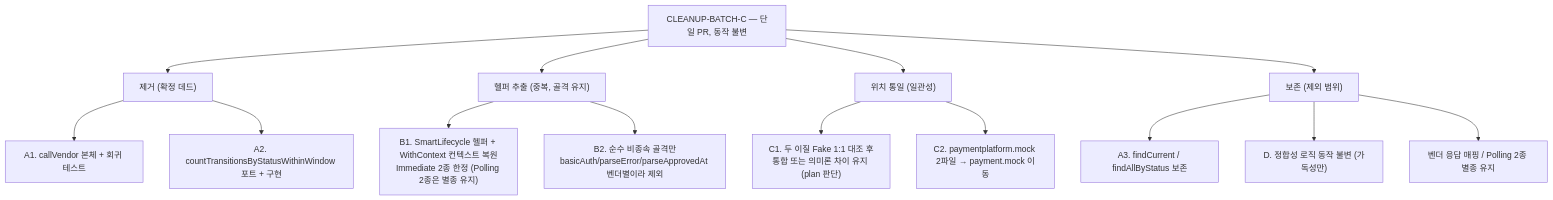
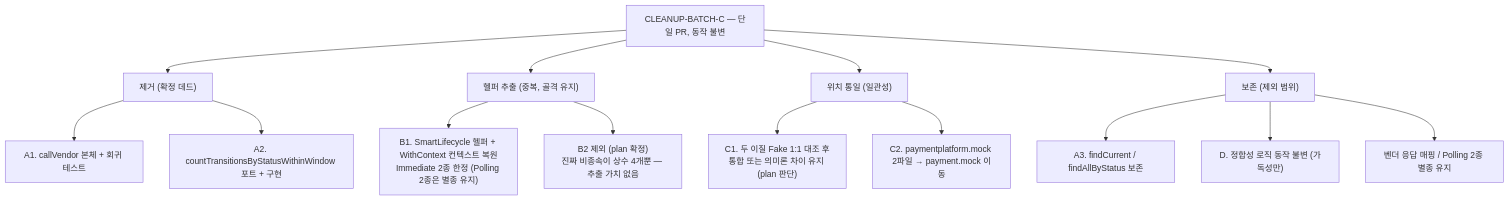
The second of 2 diagrams in docs/topics/CLEANUP-BATCH-C.md (hyoguoo/payment-platform), drawn with Mermaid before and after one commit. The commit also changed other lines of this file and 2 other files, not shown here.

First line of the commit message:
docs: CLEANUP-BATCH-C 구현 플랜 — 5개 태스크 분해 (plan)

````diff
--- a/docs/topics/CLEANUP-BATCH-C.md
+++ b/docs/topics/CLEANUP-BATCH-C.md
@@ -76,22 +76,22 @@
 ```mermaid
 flowchart TD
     Scope["CLEANUP-BATCH-C — 단일 PR, 동작 불변"]
 
     Scope --> Remove["제거 (확정 데드)"]
     Scope --> Extract["헬퍼 추출 (중복, 골격 유지)"]
     Scope --> Relocate["위치 통일 (일관성)"]
     Scope --> Keep["보존 (제외 범위)"]
 
     Remove --> R1["A1. callVendor 본체 + 회귀 테스트"]
     Remove --> R2["A2. countTransitionsByStatusWithinWindow 포트 + 구현"]
 
     Extract --> E1["B1. SmartLifecycle 헬퍼 + WithContext 컨텍스트 복원<br/>Immediate 2종 한정 (Polling 2종은 별종 유지)"]
-    Extract --> E2["B2. 순수 비종속 골격만<br/>basicAuth/parseError/parseApprovedAt 벤더별이라 제외"]
+    Extract --> E2["B2 제외 (plan 확정)<br/>진짜 비종속이 상수 4개뿐 — 추출 가치 없음"]
 
     Relocate --> L1["C1. 두 이질 Fake 1:1 대조 후<br/>통합 또는 의미론 차이 유지 (plan 판단)"]
     Relocate --> L2["C2. paymentplatform.mock 2파일 → payment.mock 이동"]
 
     Keep --> K1["A3. findCurrent / findAllByStatus 보존"]
     Keep --> K2["D. 정합성 로직 동작 불변 (가독성만)"]
     Keep --> K3["벤더 응답 매핑 / Polling 2종 별종 유지"]
 ```
````
